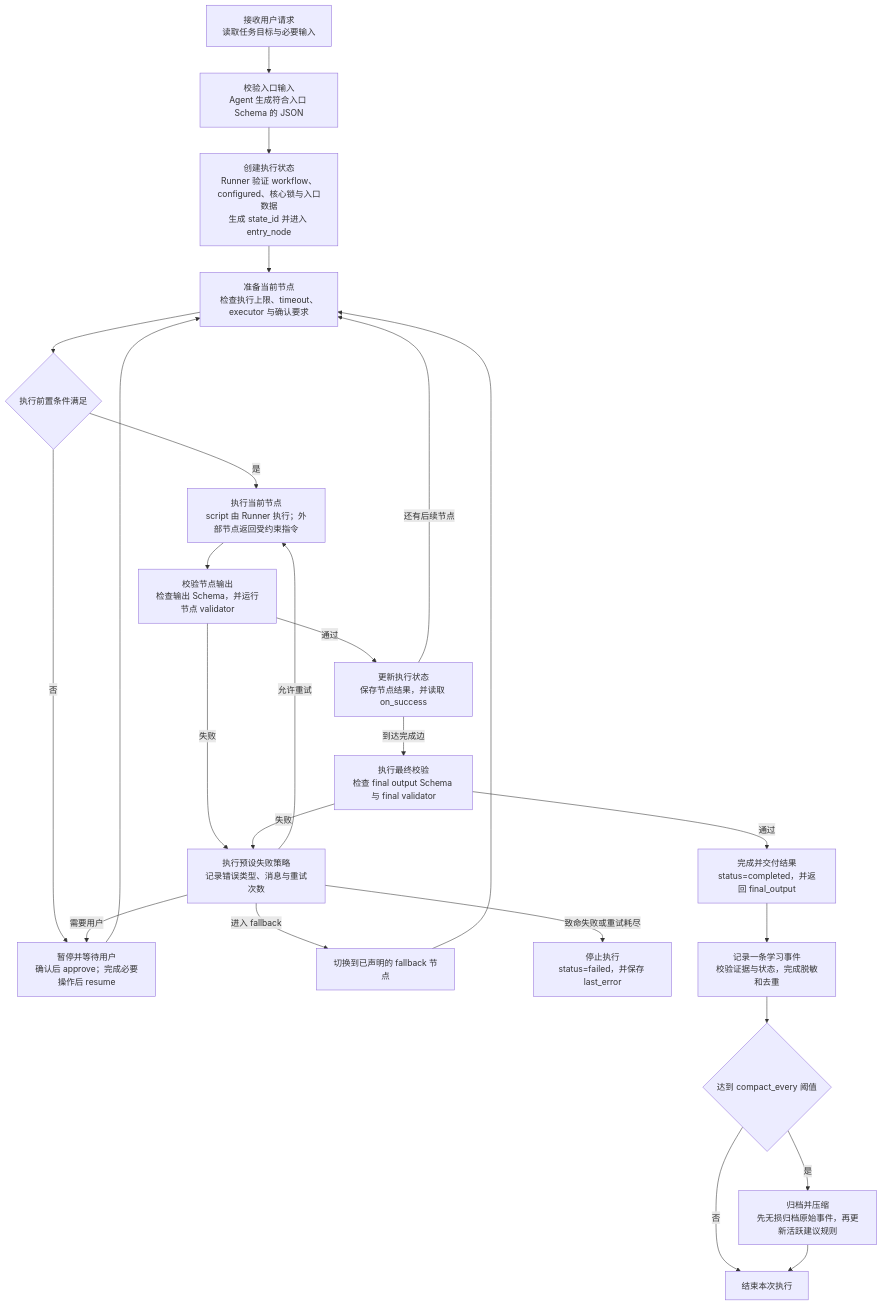
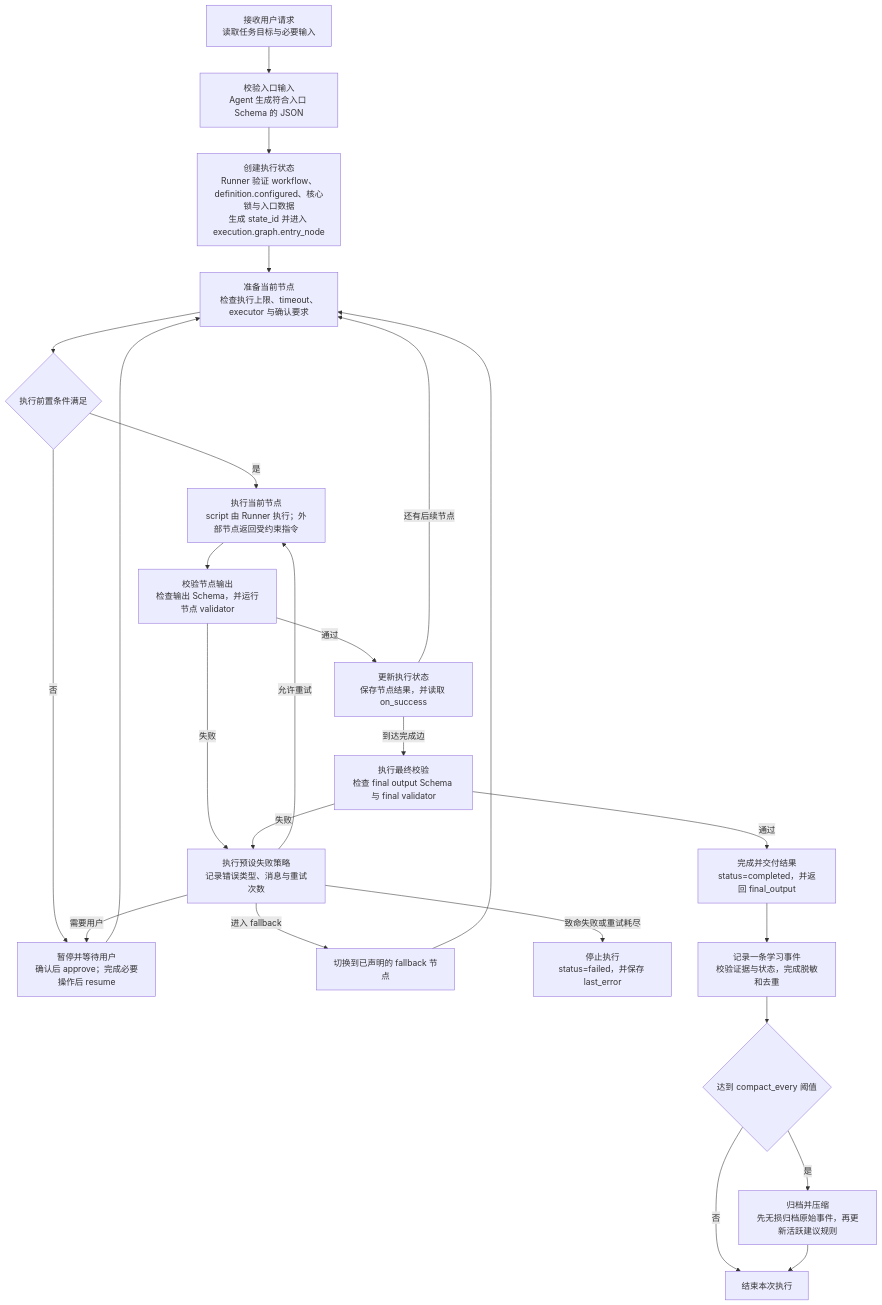
Before and after one commit to AIALRA-0/AIALRA-SKILL-TEMPLATE: the diagram in docs/architecture.md, drawn with Mermaid. The commit also changed other lines of this file and 12 other files, not shown here.

````diff
--- a/docs/architecture.md
+++ b/docs/architecture.md
@@ -55,27 +55,27 @@
 ```mermaid
 flowchart TD
     A["接收用户请求<br/>读取任务目标与必要输入"] --> B["校验入口输入<br/>Agent 生成符合入口 Schema 的 JSON"]
-    B --> C["创建执行状态<br/>Runner 验证 workflow、configured、核心锁与入口数据<br/>生成 state_id 并进入 entry_node"]
+    B --> C["创建执行状态<br/>Runner 验证 workflow、definition.configured、核心锁与入口数据<br/>生成 state_id 并进入 execution.graph.entry_node"]
     C --> D["准备当前节点<br/>检查执行上限、timeout、executor 与确认要求"]
     D --> P{"执行前置条件满足"}
     P -- "否" --> W["暂停并等待用户<br/>确认后 approve；完成必要操作后 resume"]
     W --> D
     P -- "是" --> E["执行当前节点<br/>script 由 Runner 执行；外部节点返回受约束指令"]
     E --> F["校验节点输出<br/>检查输出 Schema，并运行节点 validator"]
     F -- "通过" --> G["更新执行状态<br/>保存节点结果，并读取 on_success"]
     F -- "失败" --> H["执行预设失败策略<br/>记录错误类型、消息与重试次数"]
     H -- "允许重试" --> E
     H -- "需要用户" --> W
     H -- "进入 fallback" --> R["切换到已声明的 fallback 节点"]
     R --> D
     H -- "致命失败或重试耗尽" --> X["停止执行<br/>status=failed，并保存 last_error"]
     G -- "还有后续节点" --> D
     G -- "到达完成边" --> I["执行最终校验<br/>检查 final output Schema 与 final validator"]
     I -- "失败" --> H
     I -- "通过" --> J["完成并交付结果<br/>status=completed，并返回 final_output"]
     J --> K["记录一条学习事件<br/>校验证据与状态，完成脱敏和去重"]
     K --> L{"达到 compact_every 阈值"}
     L -- "否" --> M["结束本次执行"]
     L -- "是" --> N["归档并压缩<br/>先无损归档原始事件，再更新活跃建议规则"]
     N --> M
 ```
````
